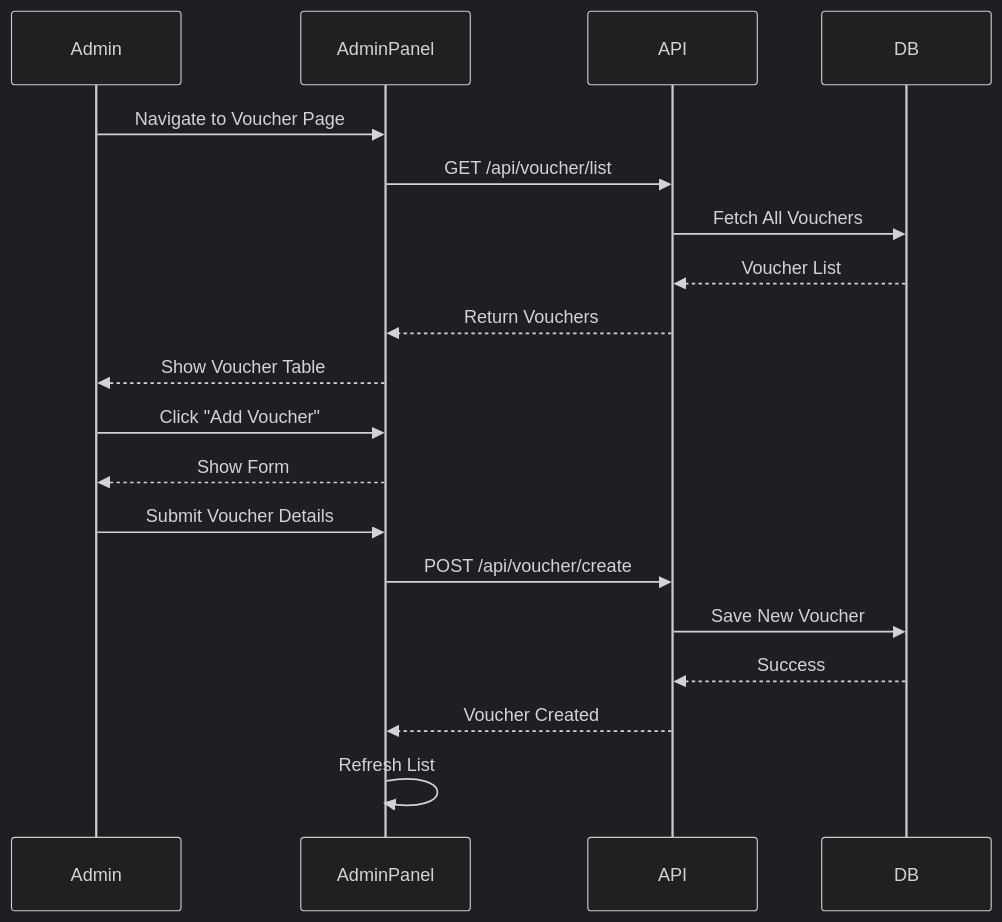
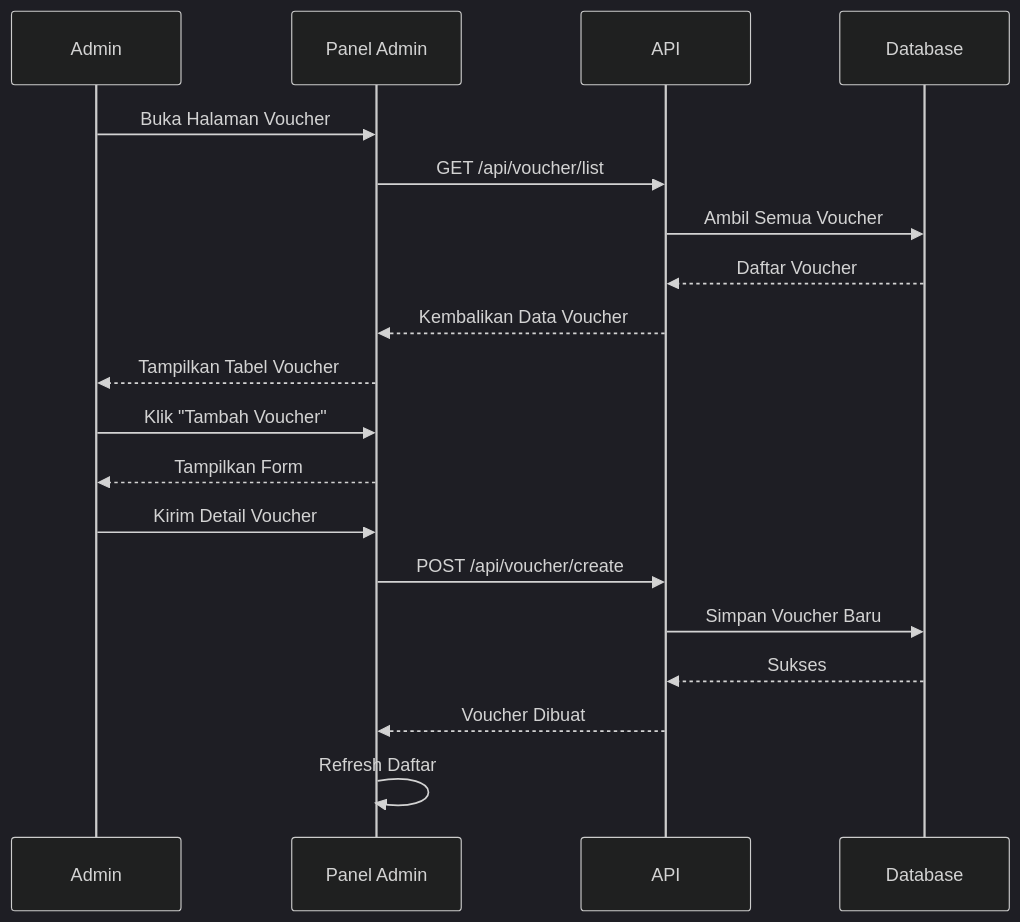
Before and after one commit to Grinti123/gerai-ayra-fullstack: the fourth of 6 diagrams in sequence-diagram.md, drawn with Mermaid (dark theme). The commit also changed other lines of this file, not shown here.

Commit message:
update sequence

````diff
--- a/sequence-diagram.md
+++ b/sequence-diagram.md
@@ -94,23 +94,23 @@
 ```mermaid
 sequenceDiagram
     participant Admin
-    participant AdminPanel
+    participant AdminPanel as Panel Admin
     participant API
-    participant DB
+    participant DB as Database
 
-    Admin->>AdminPanel: Navigate to Voucher Page
+    Admin->>AdminPanel: Buka Halaman Voucher
     AdminPanel->>API: GET /api/voucher/list
-    API->>DB: Fetch All Vouchers
-    DB-->>API: Voucher List
-    API-->>AdminPanel: Return Vouchers
-    AdminPanel-->>Admin: Show Voucher Table
+    API->>DB: Ambil Semua Voucher
+    DB-->>API: Daftar Voucher
+    API-->>AdminPanel: Kembalikan Data Voucher
+    AdminPanel-->>Admin: Tampilkan Tabel Voucher
 
-    Admin->>AdminPanel: Click "Add Voucher"
-    AdminPanel-->>Admin: Show Form
-    Admin->>AdminPanel: Submit Voucher Details
+    Admin->>AdminPanel: Klik "Tambah Voucher"
+    AdminPanel-->>Admin: Tampilkan Form
+    Admin->>AdminPanel: Kirim Detail Voucher
     AdminPanel->>API: POST /api/voucher/create
-    API->>DB: Save New Voucher
-    DB-->>API: Success
-    API-->>AdminPanel: Voucher Created
-    AdminPanel->>AdminPanel: Refresh List
+    API->>DB: Simpan Voucher Baru
+    DB-->>API: Sukses
+    API-->>AdminPanel: Voucher Dibuat
+    AdminPanel->>AdminPanel: Refresh Daftar
 ```
````
